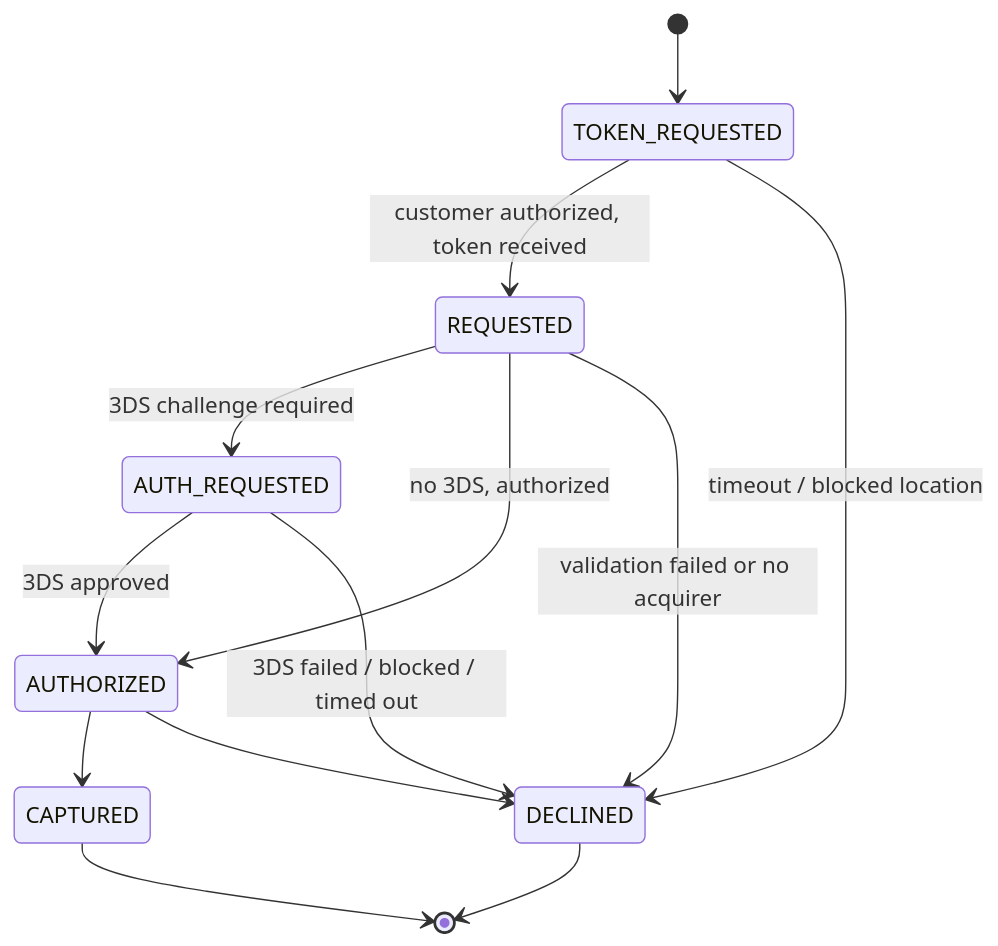
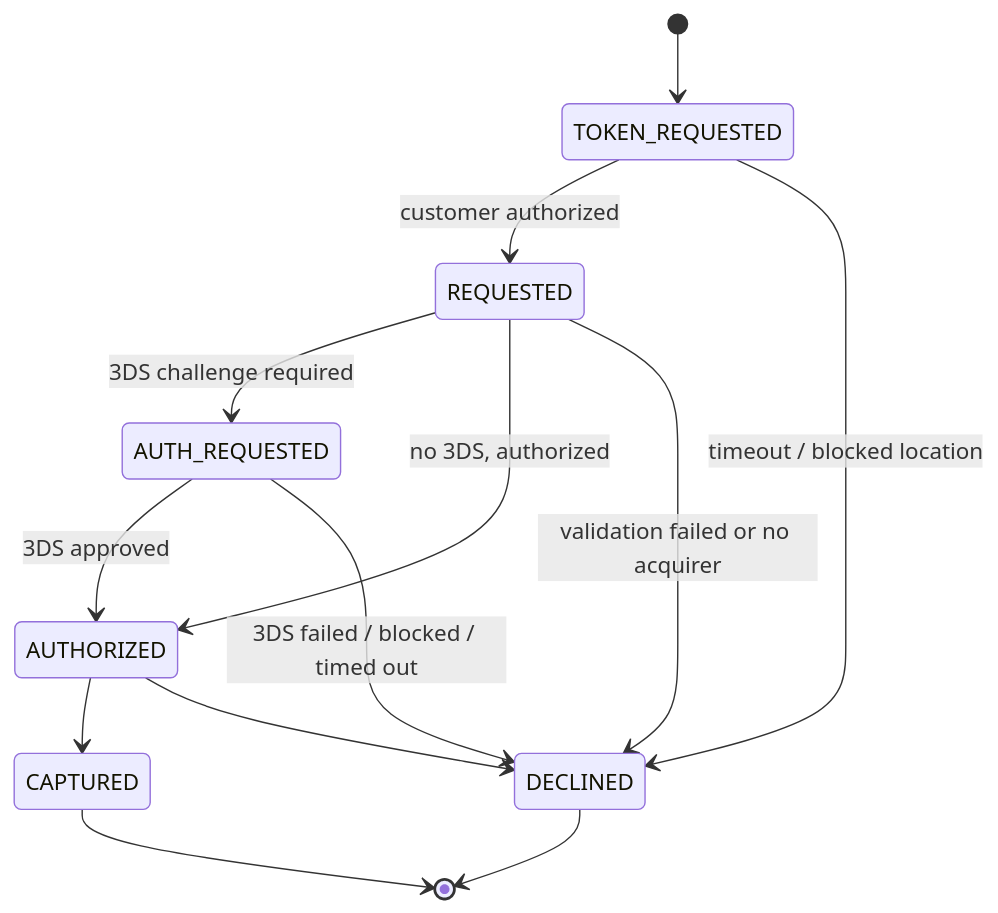
The second of 2 diagrams in docs/google-pay.md (KumaaGroup/platform-merchant-api), drawn with Mermaid before and after one commit. The commit also changed other lines of this file, not shown here.

````diff
--- a/docs/google-pay.md
+++ b/docs/google-pay.md
@@ -128,15 +110,15 @@
 ```mermaid
 stateDiagram-v2
     [*] --> TOKEN_REQUESTED
-    TOKEN_REQUESTED --> REQUESTED: customer authorized, token received
+    TOKEN_REQUESTED --> REQUESTED: customer authorized
     TOKEN_REQUESTED --> DECLINED: timeout / blocked location
     REQUESTED --> AUTH_REQUESTED: 3DS challenge required
     REQUESTED --> AUTHORIZED: no 3DS, authorized
     REQUESTED --> DECLINED: validation failed or no acquirer
     AUTH_REQUESTED --> AUTHORIZED: 3DS approved
     AUTH_REQUESTED --> DECLINED: 3DS failed / blocked / timed out
     AUTHORIZED --> CAPTURED
     AUTHORIZED --> DECLINED
     CAPTURED --> [*]
     DECLINED --> [*]
 ```
````
